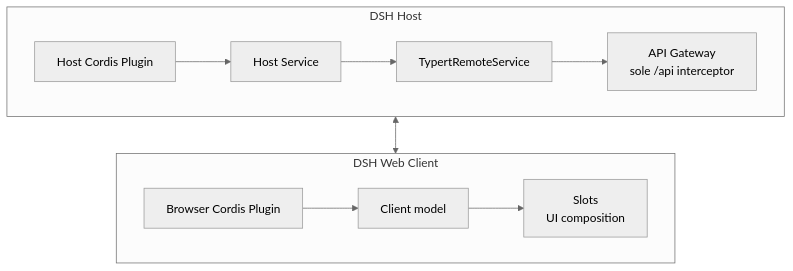
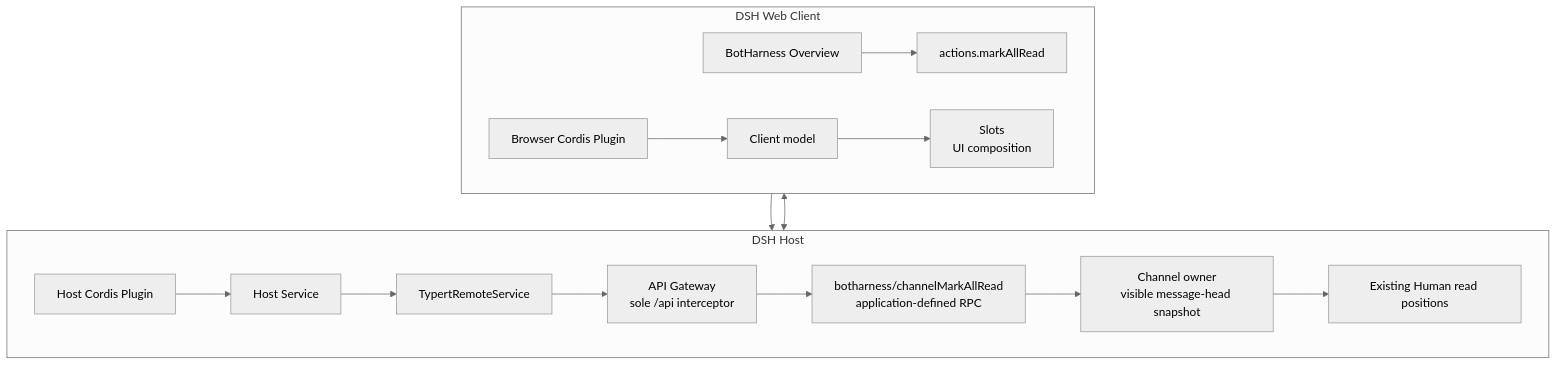
The diagram in docs/architecture/diagrams/en/09-dsh-host-client.mmd (BotHarness/BotHarness), drawn with Mermaid (neutral theme) before and after one commit. The commit also changed 19 other files, not shown here.

First line of the commit message:
fix: guard read reconciliation and publish Overview QA evidence

```diff
--- a/docs/architecture/diagrams/en/09-dsh-host-client.mmd
+++ b/docs/architecture/diagrams/en/09-dsh-host-client.mmd
@@ -1,13 +1,18 @@
 flowchart TB
   subgraph Host["DSH Host"]
     direction LR
     HostPlugin["Host Cordis Plugin"] --> Service["Host Service"]
     Service --> Remote["TypertRemoteService"]
+    ReadRPC["botharness/channelMarkAllRead<br/>application-defined RPC"] --> Channels["Channel owner<br/>visible message-head snapshot"]
+    Channels --> ReadPositions["Existing Human read positions"]
     Remote --> Gateway["API Gateway<br/>sole /api interceptor"]
   end
   subgraph Browser["DSH Web Client"]
     direction LR
     ClientPlugin["Browser Cordis Plugin"] --> Model["Client model"]
+    Overview["BotHarness Overview"] --> ReadAction["actions.markAllRead"]
     Model --> Slots["Slots<br/>UI composition"]
   end
   Gateway <--> Model
+  ReadAction --> Gateway
+  Gateway --> ReadRPC
```
